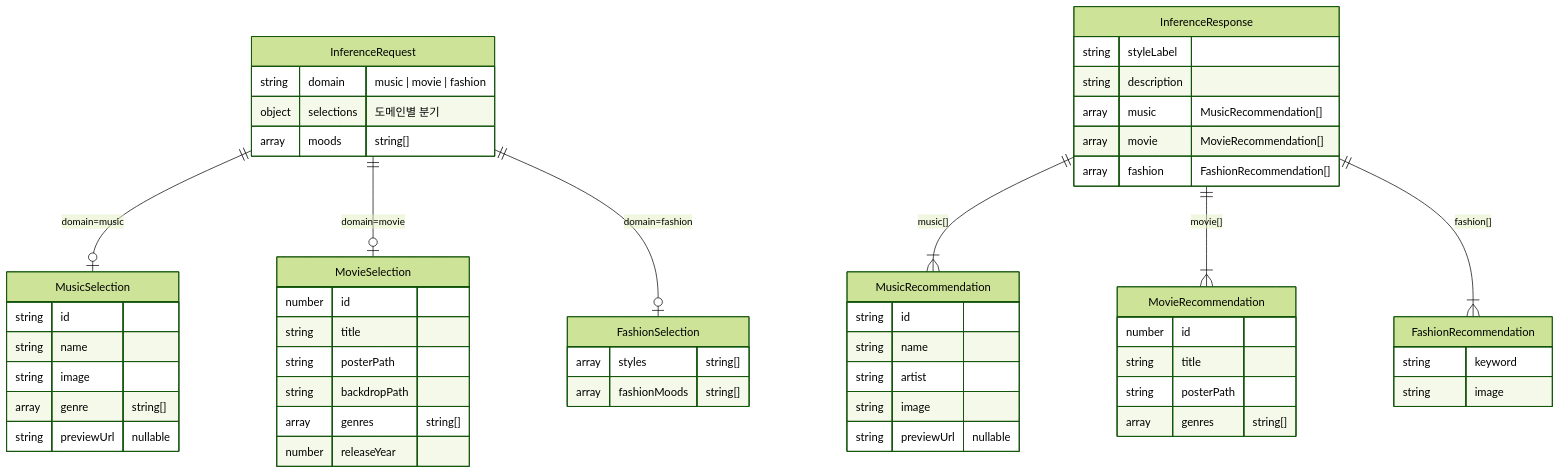
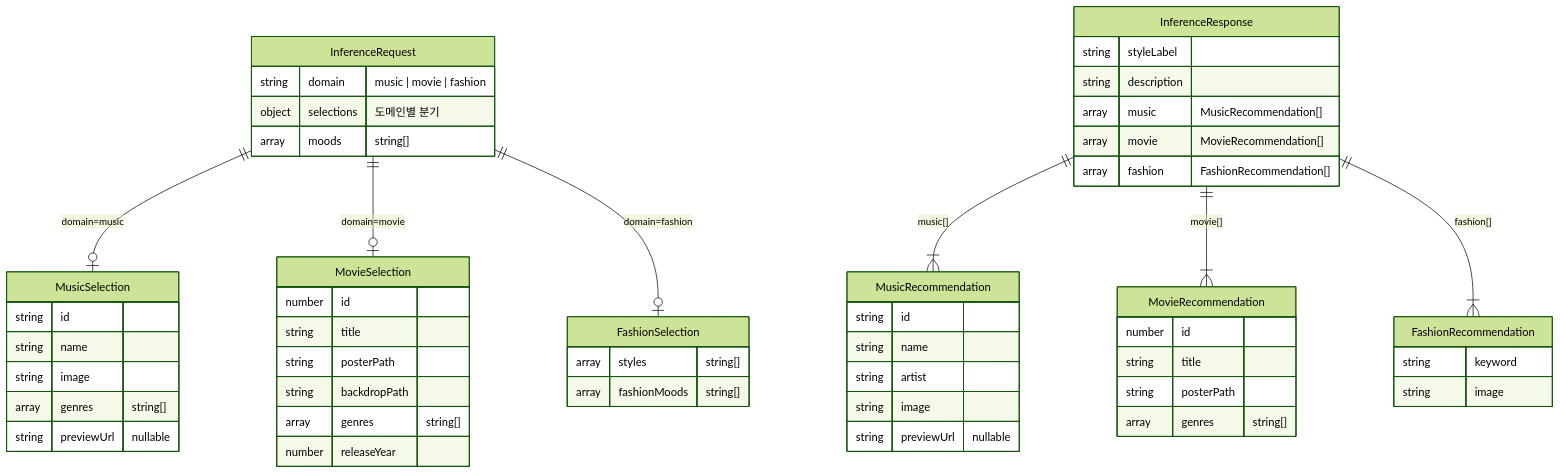
The diagram in docs/inference-schema.md (Style-Sync/stylesync), drawn with Mermaid (forest theme) before and after one commit. The commit also changed other lines of this file, not shown here.

Commit message:
docs: MusicSelection.genre → genres 필드명 갱신 (#185)

````diff
--- a/docs/inference-schema.md
+++ b/docs/inference-schema.md
@@ -25,65 +25,65 @@
 ```mermaid
 erDiagram
     InferenceRequest {
         string  domain       "music | movie | fashion"
         object  selections   "도메인별 분기"
         array   moods        "string[]"
     }
 
     MusicSelection {
         string  id
         string  name
         string  image
-        array   genre        "string[]"
+        array   genres       "string[]"
         string  previewUrl   "nullable"
     }
 
     MovieSelection {
         number  id
         string  title
         string  posterPath
         string  backdropPath
         array   genres       "string[]"
         number  releaseYear
     }
 
     FashionSelection {
         array   styles       "string[]"
         array   fashionMoods "string[]"
     }
 
     InferenceResponse {
         string  styleLabel
         string  description
         array   music        "MusicRecommendation[]"
         array   movie        "MovieRecommendation[]"
         array   fashion      "FashionRecommendation[]"
     }
 
     MusicRecommendation {
         string  id
         string  name
         string  artist
         string  image
         string  previewUrl   "nullable"
     }
 
     MovieRecommendation {
         number  id
         string  title
         string  posterPath
         array   genres       "string[]"
     }
 
     FashionRecommendation {
         string  keyword
         string  image
     }
 
     InferenceRequest ||--o| MusicSelection    : "domain=music"
     InferenceRequest ||--o| MovieSelection    : "domain=movie"
     InferenceRequest ||--o| FashionSelection  : "domain=fashion"
     InferenceResponse ||--|{ MusicRecommendation   : "music[]"
     InferenceResponse ||--|{ MovieRecommendation   : "movie[]"
     InferenceResponse ||--|{ FashionRecommendation : "fashion[]"
 ```
````
